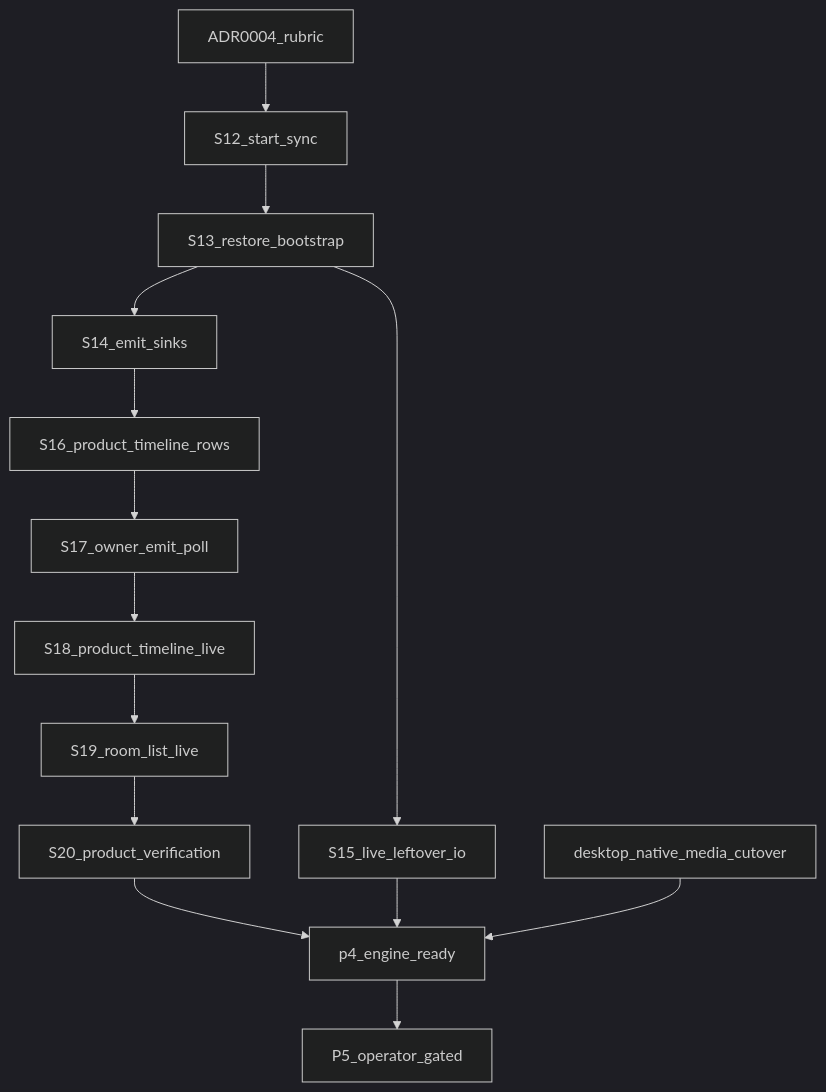
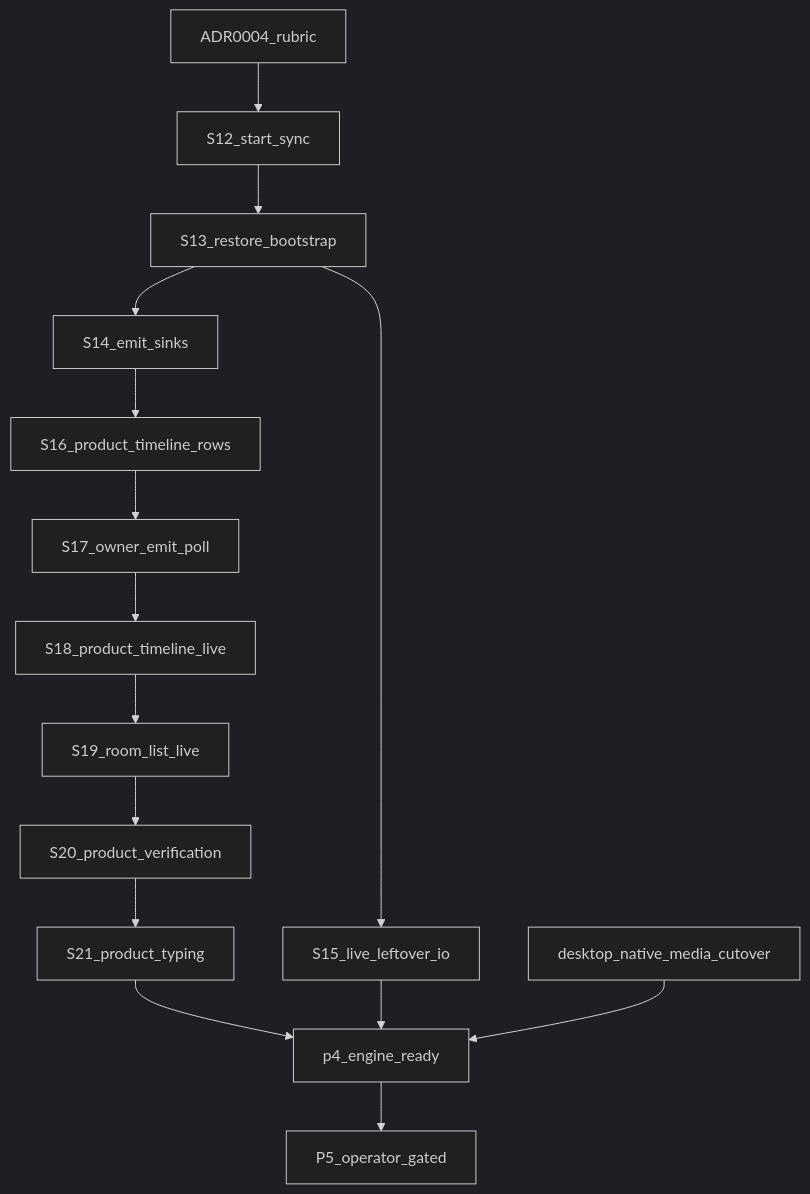
The diagram in docs/shared-native-core/13-language-boundary-goal-graph.md (nepenth/synara-desktop), drawn with Mermaid (dark theme) before and after one commit. The commit also changed other lines of this file and 9 other files, not shown here.

First line of the commit message:
feat(ios): consume SharedCore typing snapshot in product stream (P4-S21)

````diff
--- a/docs/shared-native-core/13-language-boundary-goal-graph.md
+++ b/docs/shared-native-core/13-language-boundary-goal-graph.md
@@ -46,30 +46,32 @@
 ```mermaid
 flowchart TD
   adr0004[ADR0004_rubric]
   s12[S12_start_sync]
   s13[S13_restore_bootstrap]
   s14[S14_emit_sinks]
   s15[S15_live_leftover_io]
   s16[S16_product_timeline_rows]
   s17[S17_owner_emit_poll]
   s18[S18_product_timeline_live]
   s19[S19_room_list_live]
   s20[S20_product_verification]
+  s21[S21_product_typing]
   media[desktop_native_media_cutover]
   done[p4_engine_ready]
   p5[P5_operator_gated]
 
   adr0004 --> s12
   s12 --> s13
   s13 --> s14
   s13 --> s15
   s14 --> s16
   s16 --> s17
   s17 --> s18
   s18 --> s19
   s19 --> s20
-  s20 --> done
+  s20 --> s21
+  s21 --> done
   s15 --> done
   media --> done
   done --> p5
 ```
````
